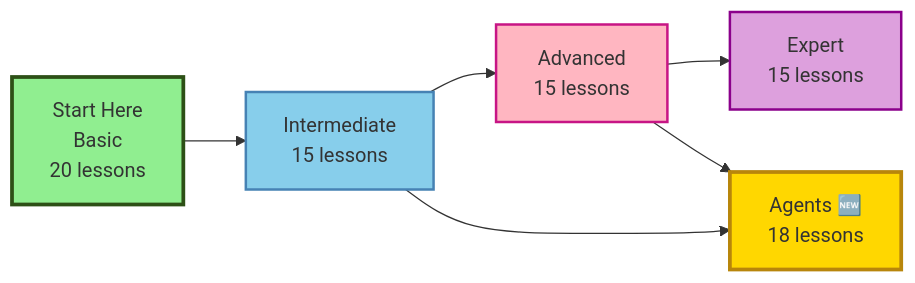
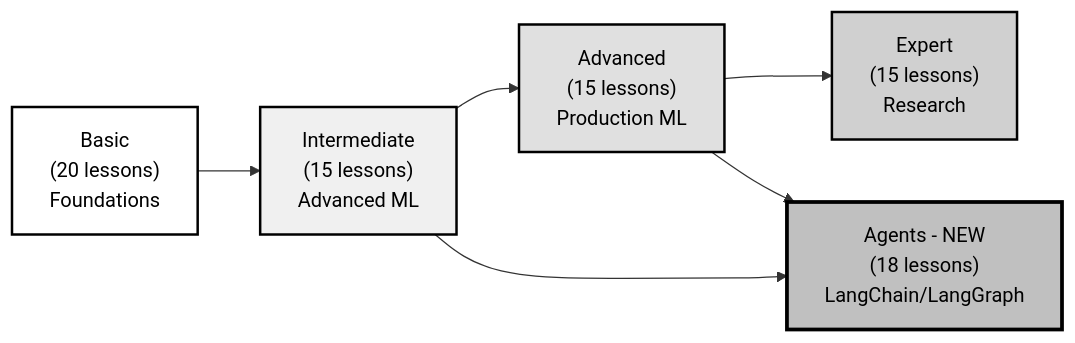
One commit to nexageapps/AI changed the diagram in README.md. Above: the diagram before and after it, drawn with Mermaid. The commit also changed other lines of this file and 1 other file, not shown here.

````diff
--- a/README.md
+++ b/README.md
@@ -113,15 +113,15 @@
 ```mermaid
 graph LR
-    A[Start Here<br/>Basic<br/>20 lessons] --> B[Intermediate<br/>15 lessons]
-    B --> C[Advanced<br/>15 lessons]
-    C --> D[Expert<br/>15 lessons]
+    A["Basic<br/>(20 lessons)<br/>Foundations"] --> B["Intermediate<br/>(15 lessons)<br/>Advanced ML"]
+    B --> C["Advanced<br/>(15 lessons)<br/>Production ML"]
+    C --> D["Expert<br/>(15 lessons)<br/>Research"]
     
-    B --> E[Agents 🆕<br/>18 lessons]
+    B --> E["Agents - NEW<br/>(18 lessons)<br/>LangChain/LangGraph"]
     C --> E
     
-    style A fill:#90EE90,stroke:#2d5016,stroke-width:3px
-    style B fill:#87CEEB,stroke:#4682b4,stroke-width:2px
-    style C fill:#FFB6C1,stroke:#c71585,stroke-width:2px
-    style D fill:#DDA0DD,stroke:#8b008b,stroke-width:2px
-    style E fill:#FFD700,stroke:#b8860b,stroke-width:3px
+    style A fill:#ffffff,stroke:#000000,stroke-width:2px,color:#000000
+    style B fill:#f0f0f0,stroke:#000000,stroke-width:2px,color:#000000
+    style C fill:#e0e0e0,stroke:#000000,stroke-width:2px,color:#000000
+    style D fill:#d0d0d0,stroke:#000000,stroke-width:2px,color:#000000
+    style E fill:#c0c0c0,stroke:#000000,stroke-width:3px,color:#000000
 ```
````
